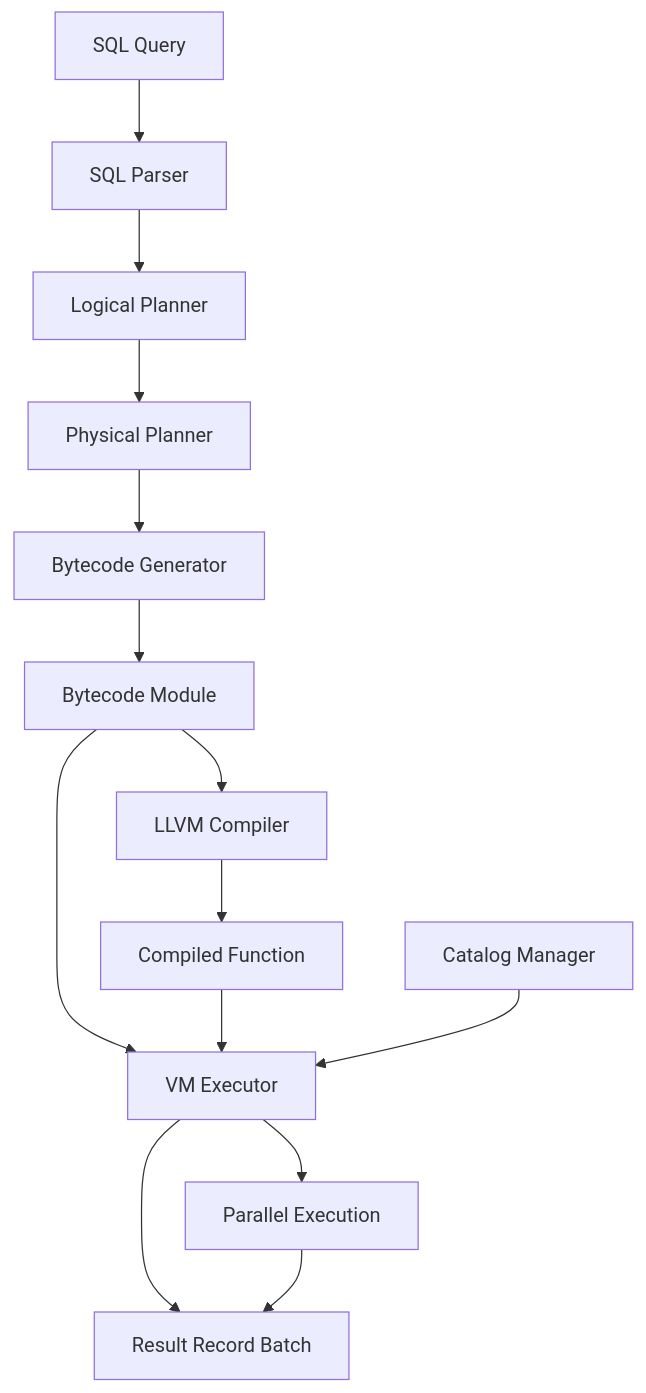
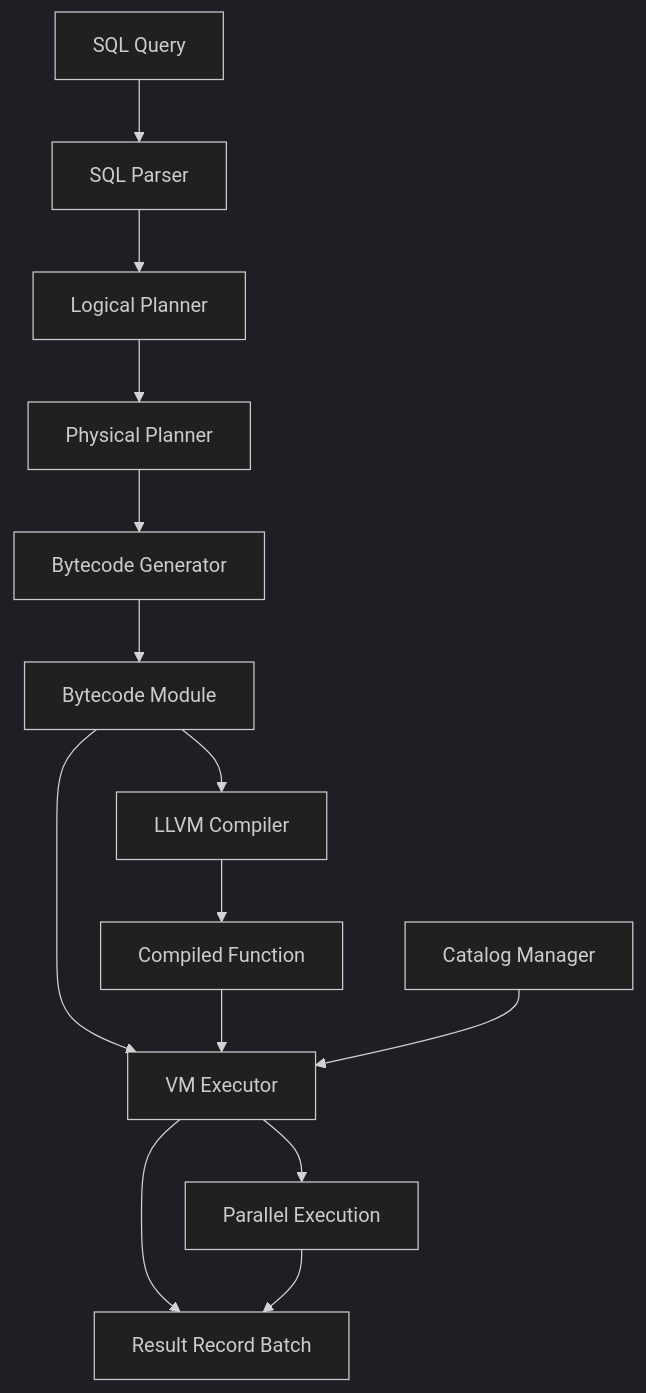
The first of 4 diagrams in src/content/posts/morsels-compilation-people.mdx (vertexclique/vertexclique.github.io), drawn with Mermaid before and after one commit. The commit also changed other lines of this file and 1 other file, not shown here.

````diff
--- a/src/content/posts/morsels-compilation-people.mdx
+++ b/src/content/posts/morsels-compilation-people.mdx
@@ -19,19 +44,20 @@
 ```mermaid
+%%{init: {'theme':'dark'}}%%
 graph TD
     SQL[SQL Query] --> Parser[SQL Parser]
     Parser --> LogicalPlanner[Logical Planner]
     LogicalPlanner --> PhysicalPlanner[Physical Planner]
     PhysicalPlanner --> BytecodeGen[Bytecode Generator]
     BytecodeGen --> BytecodeModule[Bytecode Module]
     
     BytecodeModule --> VM[VM Executor]
     BytecodeModule --> LLVMCompiler[LLVM Compiler]
     
     VM --> RecordBatch[Result Record Batch]
     LLVMCompiler --> CompiledFn[Compiled Function]
     CompiledFn --> VM
     
     CatalogManager[Catalog Manager] --> VM
     VM --> ParallelExecution[Parallel Execution]
     ParallelExecution --> RecordBatch
 ```
````
